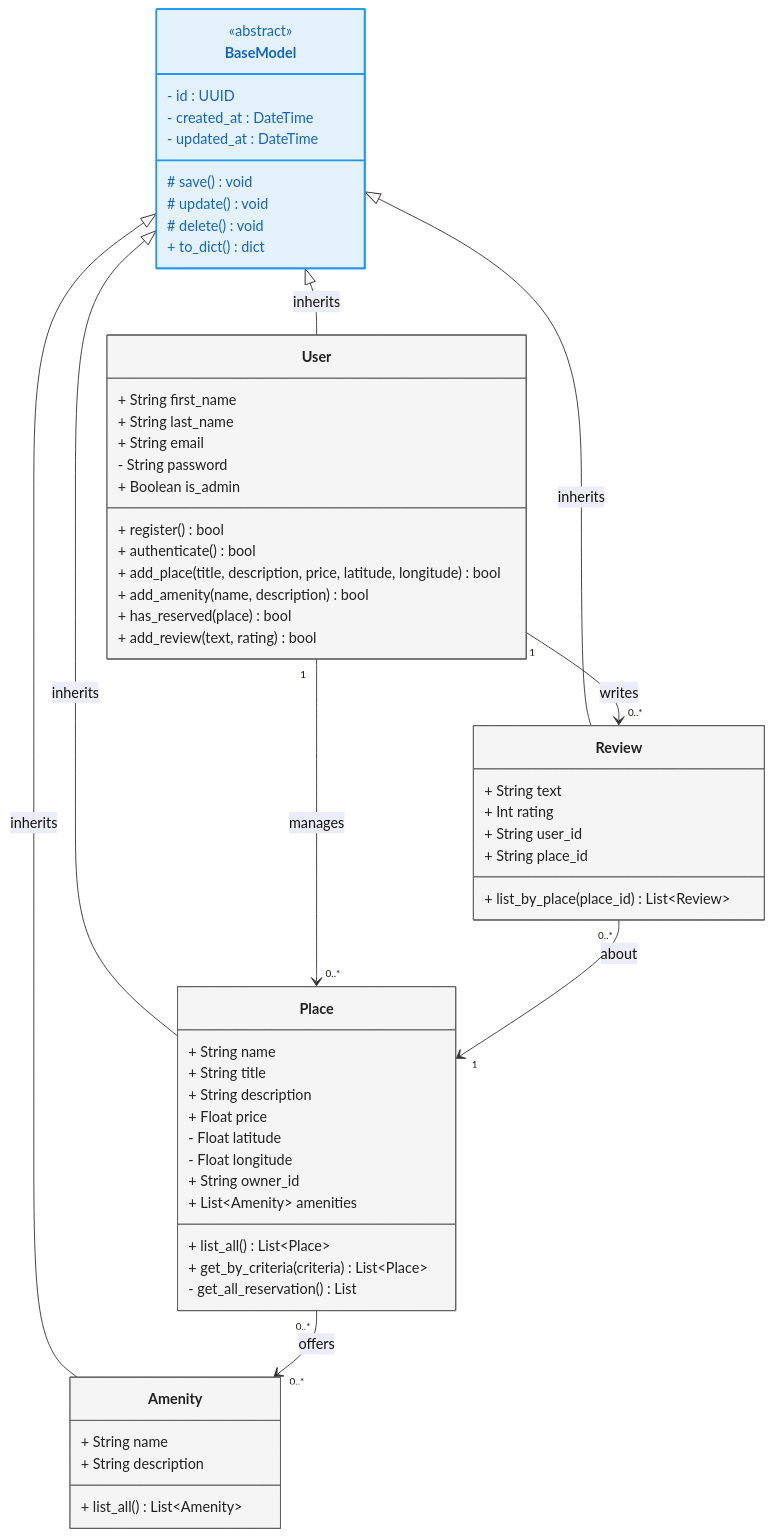
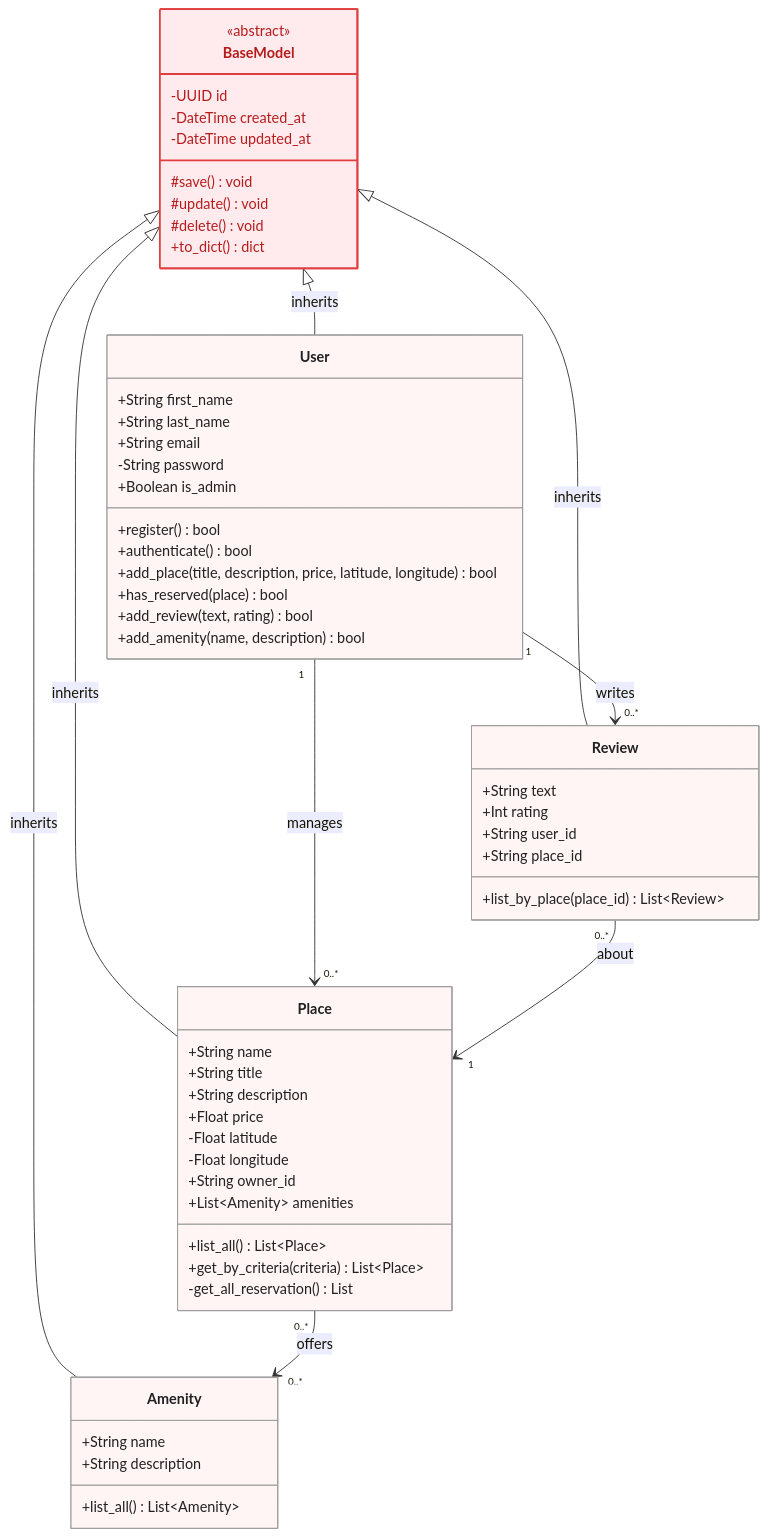
Before and after one commit to ValentinDLC/HolbertonSchool-Hbnb: the diagram in Part1/Business_Logic_Layer_diagram.md, drawn with Mermaid. The commit also changed 2 other files, not shown here.

Commit message:
Style: apply Holberton red theme across all UML diagrams

````diff
--- a/Part1/Business_Logic_Layer_diagram.md
+++ b/Part1/Business_Logic_Layer_diagram.md
@@ -1,73 +1,64 @@
 ```mermaid
 classDiagram
-direction TB
+    direction TB
 
     %% ===================
     %% Base class (shared attributes and methods)
     %% ===================
     class BaseModel {
         <<abstract>>
-        - id : UUID
-        - created_at : DateTime
-        - updated_at : DateTime
-        # save() void
-        # update() void
-        # delete() void
-        + to_dict() dict
+        -UUID id
+        -DateTime created_at
+        -DateTime updated_at
+        #save() void
+        #update() void
+        #delete() void
+        +to_dict() dict
     }
 
     %% ===================
-    %% User class
+    %% User, Place, Review, Amenity classes
     %% ====================
     class User {
-        + String first_name
-        + String last_name
-        + String email
-        - String password
-        + Boolean is_admin
-        + register() bool
-        + authenticate() bool
-        + add_place(title, description, price, latitude, longitude) bool
-        + add_amenity(name, description) bool
-        + has_reserved(place) bool
-        + add_review(text, rating) bool
+        +String first_name
+        +String last_name
+        +String email
+        -String password
+        +Boolean is_admin
+        +register() bool
+        +authenticate() bool
+        +add_place(title, description, price, latitude, longitude) bool
+        +has_reserved(place) bool
+        +add_review(text, rating) bool
+        +add_amenity(name, description) bool
     }
 
-    %% ===================
-    %% Place class
-    %% ====================
     class Place {
-        + String name
-        + String title
-        + String description
-        + Float price
-        - Float latitude
-        - Float longitude
-        + String owner_id
-        + List~Amenity~ amenities
-        + list_all() List~Place~
-        + get_by_criteria(criteria) List~Place~
-        - get_all_reservation() List
+        +String name
+        +String title
+        +String description
+        +Float price
+        -Float latitude
+        -Float longitude
+        +String owner_id
+        +List~Amenity~ amenities
+        +list_all() List~Place~
+        +get_by_criteria(criteria) List~Place~
+        -get_all_reservation() List
     }
 
-    %% ===================
-    %% Review class
-    %% ====================
     class Review {
-        + String text
-        + Int rating
-        + String user_id
-        + String place_id
-        + list_by_place(place_id) List~Review~
+        +String text
+        +Int rating
+        +String user_id
+        +String place_id
+        +list_by_place(place_id) List~Review~
     }
 
-    %% ===================
-    %% Amenity class
-    %% ====================
     class Amenity {
-        + String name
-        + String description
-        + list_all() List~Amenity~
+        +String name
+        +String description
+        +list_all() List~Amenity~
     }
 
     %% ===================
@@ -89,9 +80,9 @@
     %% ===================
     %% Styling
     %% ===================
-    style BaseModel fill:#E3F2FD,stroke:#2196F3,stroke-width:2px,color:#1565C0
-    style User fill:#F5F5F5,stroke:#616161,stroke-width:1px,color:#212121
-    style Place fill:#F5F5F5,stroke:#616161,stroke-width:1px,color:#212121
-    style Review fill:#F5F5F5,stroke:#616161,stroke-width:1px,color:#212121
-    style Amenity fill:#F5F5F5,stroke:#616161,stroke-width:1px,color:#212121
+    style BaseModel fill:#FFEBEE,stroke:#E13F3F,stroke-width:2px,color:#B71C1C
+    style User fill:#FFF5F5,stroke:#9E9E9E,stroke-width:1px,color:#212121
+    style Place fill:#FFF5F5,stroke:#9E9E9E,stroke-width:1px,color:#212121
+    style Review fill:#FFF5F5,stroke:#9E9E9E,stroke-width:1px,color:#212121
+    style Amenity fill:#FFF5F5,stroke:#9E9E9E,stroke-width:1px,color:#212121
 ```
````
